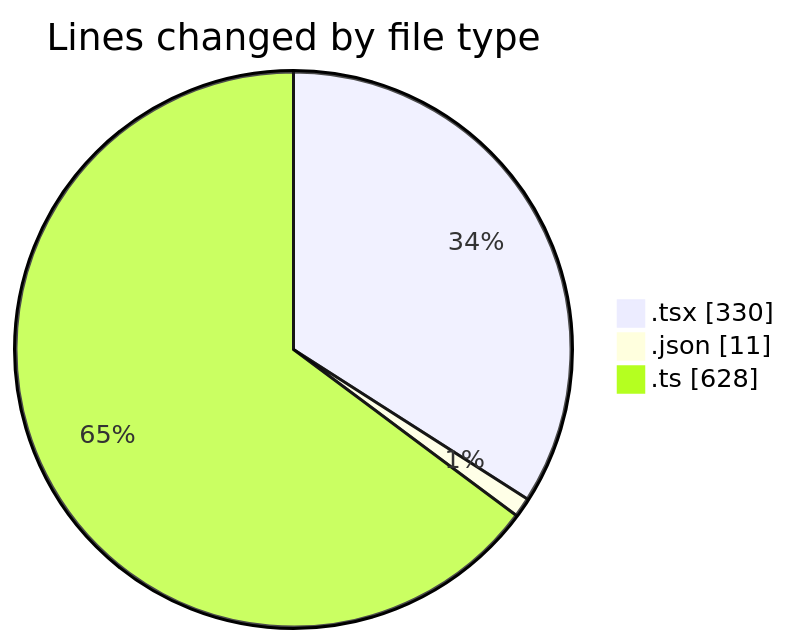
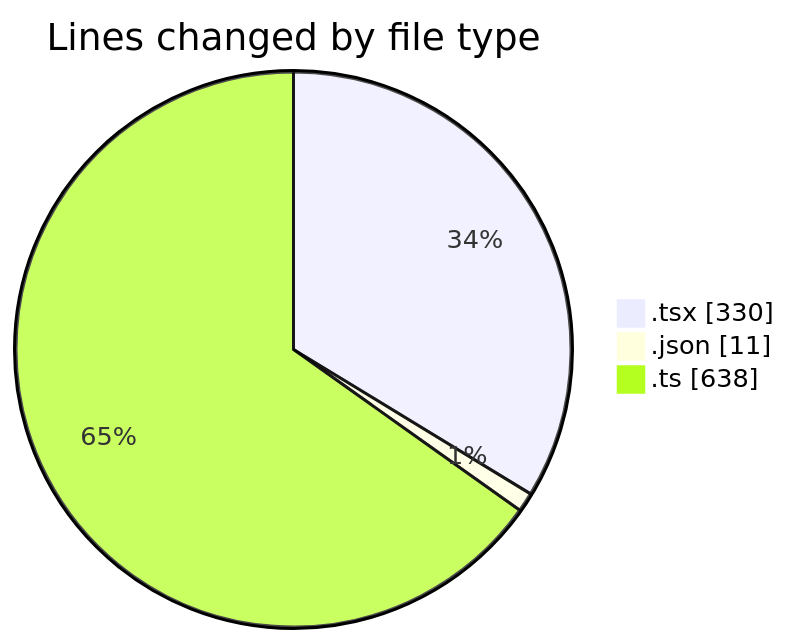
One commit to momahboobian/code-tracking changed the first of 2 diagrams in 2025-05-12/cda/README.md. Above: the diagram before and after it, drawn with Mermaid. The commit also changed other lines of this file and 1 other file, not shown here.

````diff
--- a/2025-05-12/cda/README.md
+++ b/2025-05-12/cda/README.md
@@ -31,7 +31,7 @@
 ```mermaid
 pie showData
 title Lines changed by file type
 ".tsx" : 330
 ".json" : 11
-".ts" : 628
+".ts" : 638
 ```
````
